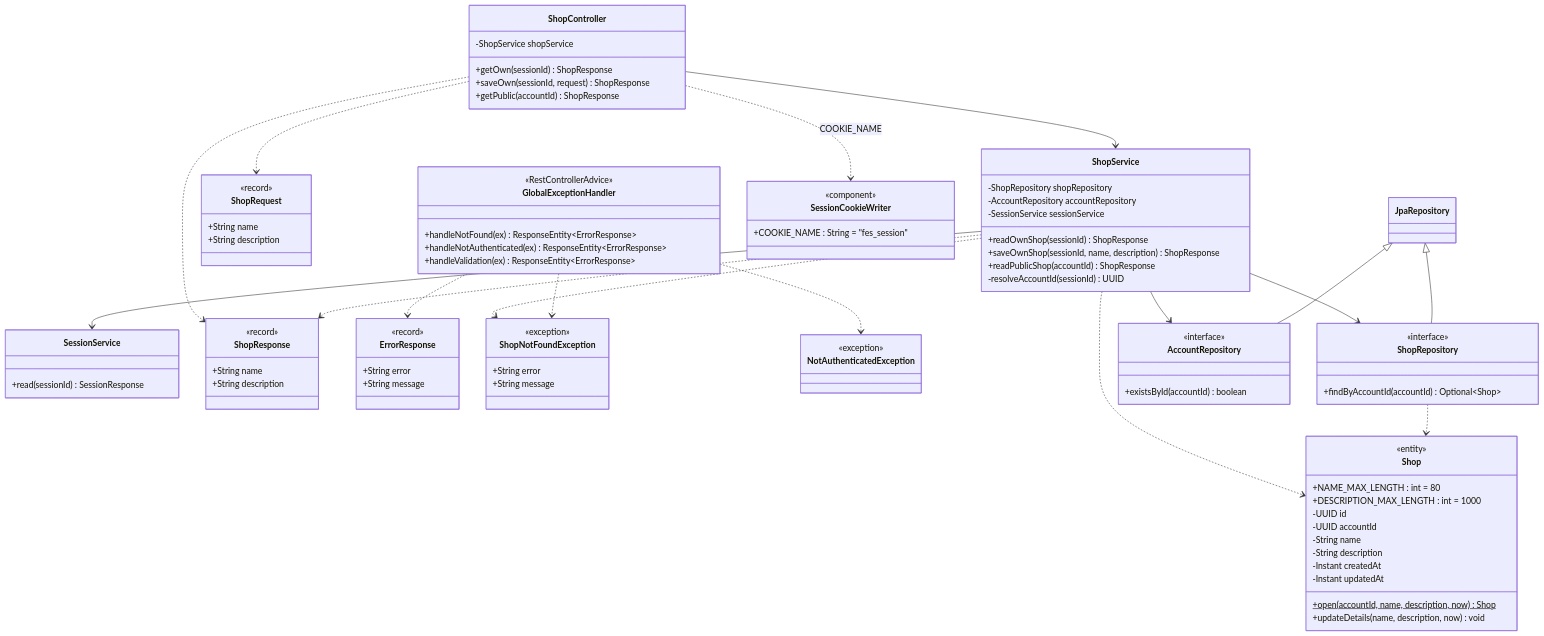
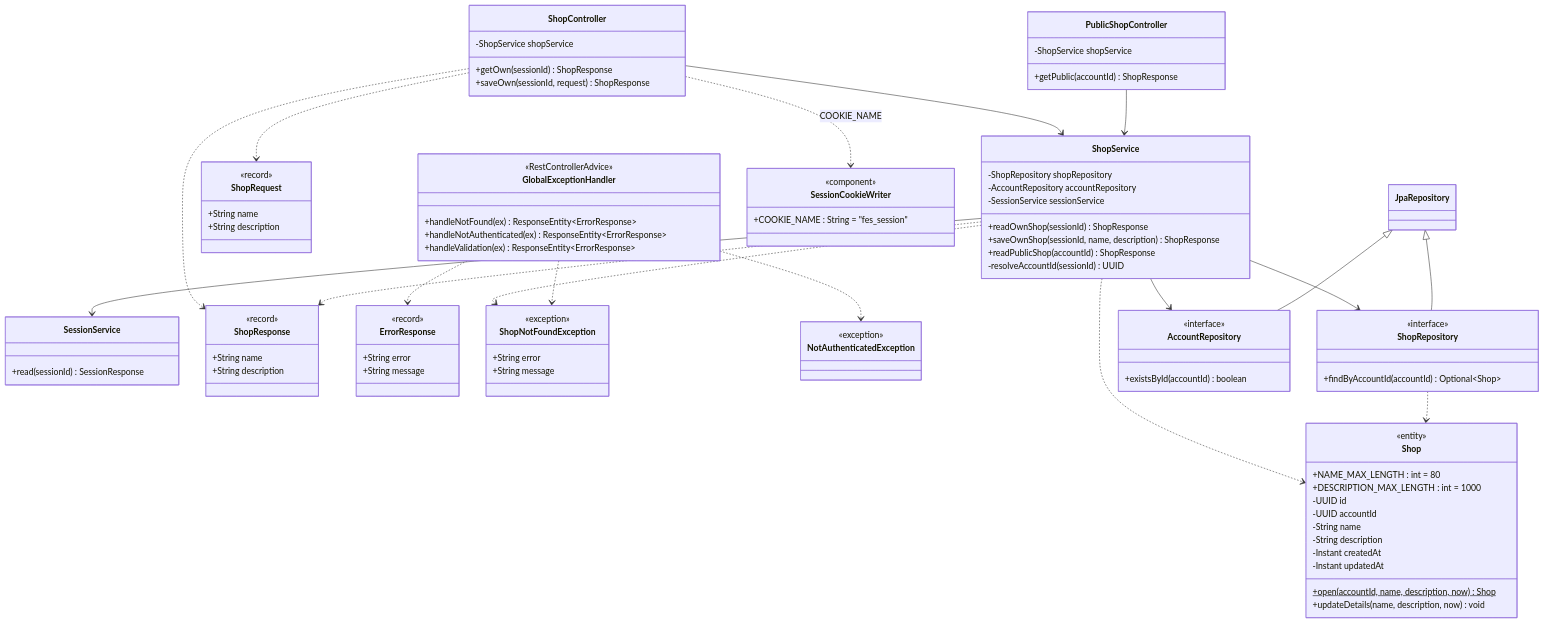
The second of 2 diagrams in specs/002-account-shop/uml.md (Dariosoft/fes-account-api), drawn with Mermaid before and after one commit. The commit also changed other lines of this file and 13 other files, not shown here.

```diff
--- a/specs/002-account-shop/uml.md
+++ b/specs/002-account-shop/uml.md
@@ -85,6 +85,10 @@
         -ShopService shopService
         +getOwn(sessionId) ShopResponse
         +saveOwn(sessionId, request) ShopResponse
+    }
+
+    class PublicShopController {
+        -ShopService shopService
         +getPublic(accountId) ShopResponse
     }
 
@@ -167,6 +171,7 @@
     }
 
     ShopController --> ShopService
+    PublicShopController --> ShopService
     ShopController ..> ShopRequest
     ShopController ..> ShopResponse
     ShopController ..> SessionCookieWriter : COOKIE_NAME
```
